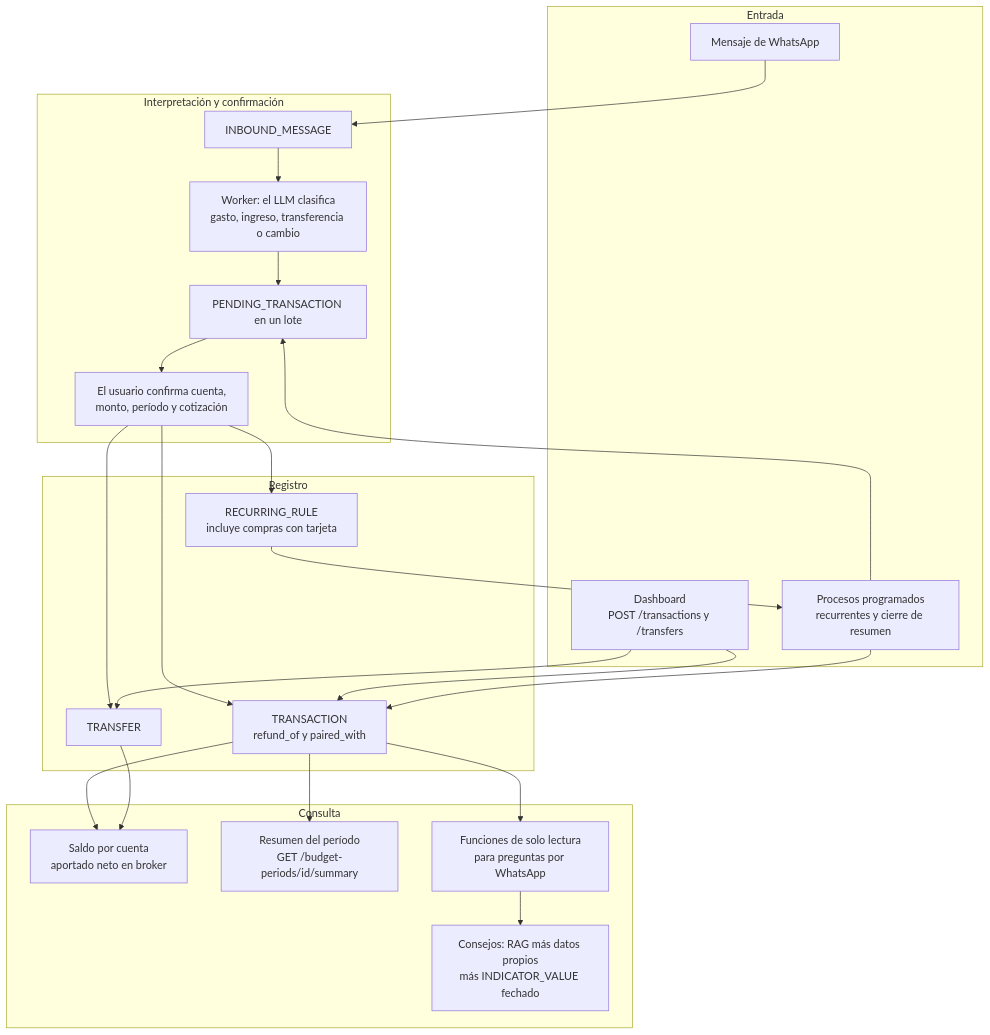
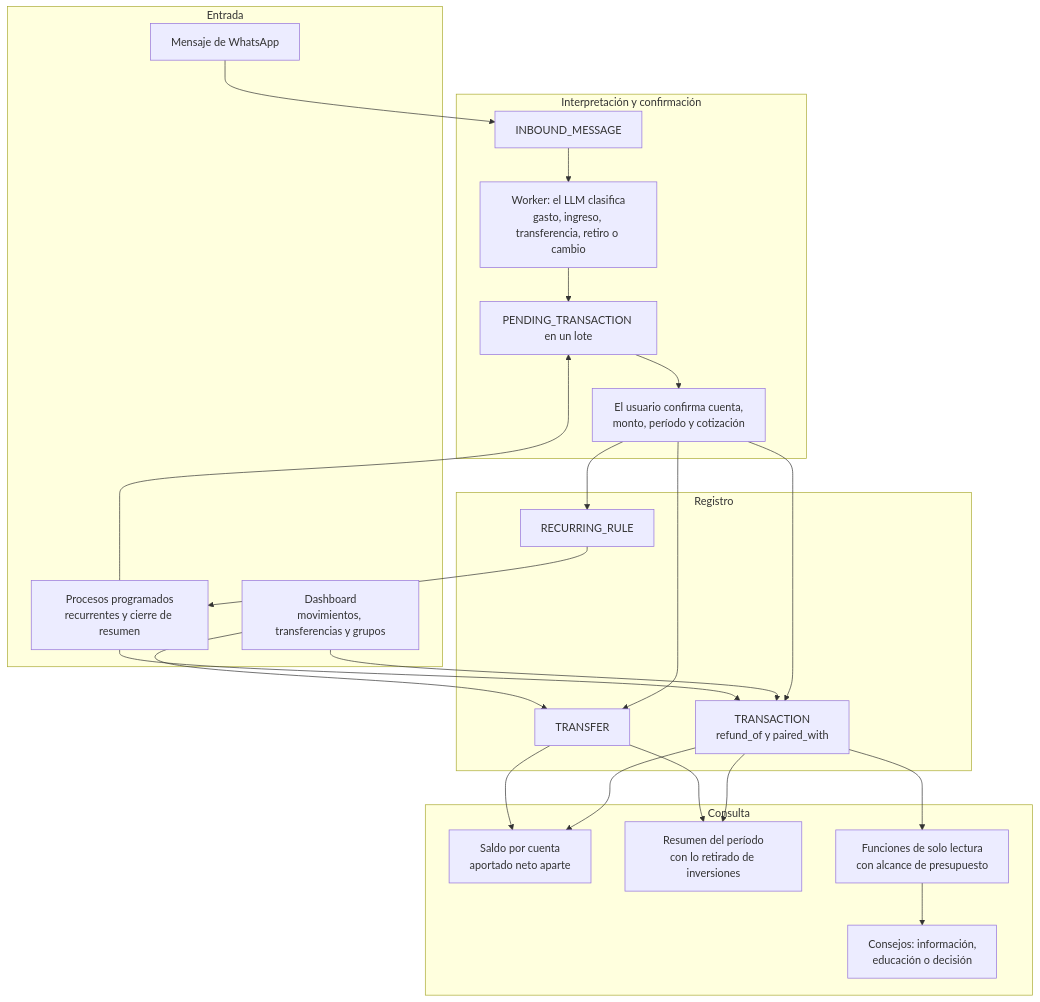
One commit to verozacarias-prog/AI4Devs-finalproject changed the diagram in docs/use-case-walkthrough.md. Above: the diagram before and after it, drawn with Mermaid. The commit also changed other lines of this file and 4 other files, not shown here.

````diff
--- a/docs/use-case-walkthrough.md
+++ b/docs/use-case-walkthrough.md
@@ -96,39 +92,40 @@
 ```mermaid
 flowchart TB
     subgraph ENTRADA["Entrada"]
         WA["Mensaje de WhatsApp"]
-        DASH["Dashboard<br/>POST /transactions y /transfers"]
+        DASH["Dashboard<br/>movimientos, transferencias y grupos"]
         CRON["Procesos programados<br/>recurrentes y cierre de resumen"]
     end
     subgraph PROCESO["Interpretación y confirmación"]
         INB["INBOUND_MESSAGE"]
-        WK["Worker: el LLM clasifica<br/>gasto, ingreso, transferencia o cambio"]
+        WK["Worker: el LLM clasifica<br/>gasto, ingreso, transferencia, retiro o cambio"]
         PEND["PENDING_TRANSACTION en un lote"]
         CONF["El usuario confirma cuenta,<br/>monto, período y cotización"]
     end
     subgraph DATOS["Registro"]
         TX["TRANSACTION<br/>refund_of y paired_with"]
         TR["TRANSFER"]
-        RR["RECURRING_RULE<br/>incluye compras con tarjeta"]
+        RR["RECURRING_RULE"]
     end
     subgraph LECTURA["Consulta"]
-        SALDO["Saldo por cuenta<br/>aportado neto en broker"]
-        SUM["Resumen del período<br/>GET /budget-periods/id/summary"]
-        FN["Funciones de solo lectura<br/>para preguntas por WhatsApp"]
-        ADV["Consejos: RAG más datos propios<br/>más INDICATOR_VALUE fechado"]
+        SALDO["Saldo por cuenta<br/>aportado neto aparte"]
+        SUM["Resumen del período<br/>con lo retirado de inversiones"]
+        FN["Funciones de solo lectura<br/>con alcance de presupuesto"]
+        ADV["Consejos: información,<br/>educación o decisión"]
     end
     WA --> INB --> WK --> PEND --> CONF
     CONF --> TX
     CONF --> TR
     CONF --> RR
     DASH --> TX
     DASH --> TR
     RR --> CRON
     CRON --> TX
     CRON --> PEND
     TX --> SALDO
     TR --> SALDO
     TX --> SUM
+    TR --> SUM
     TX --> FN
     FN --> ADV
 ```
````
